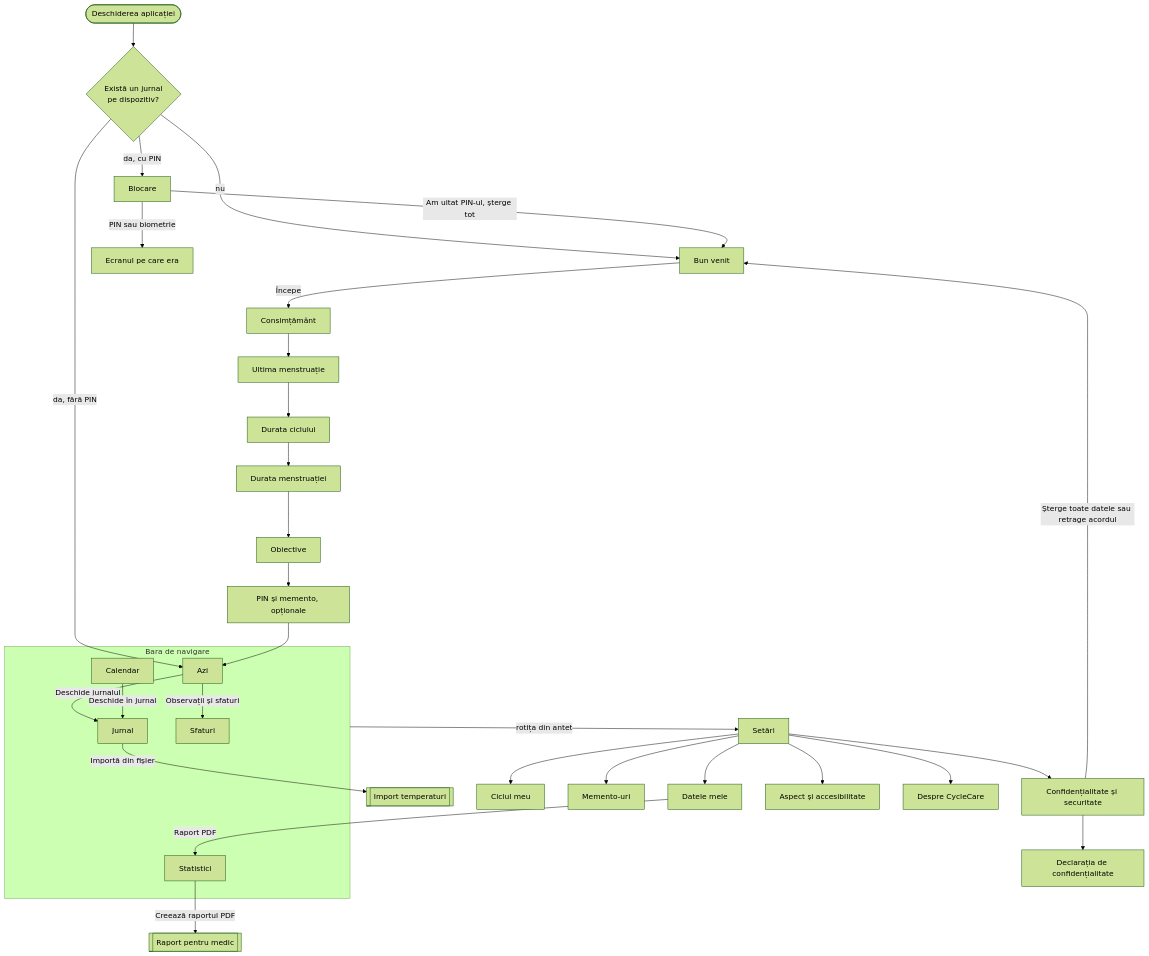
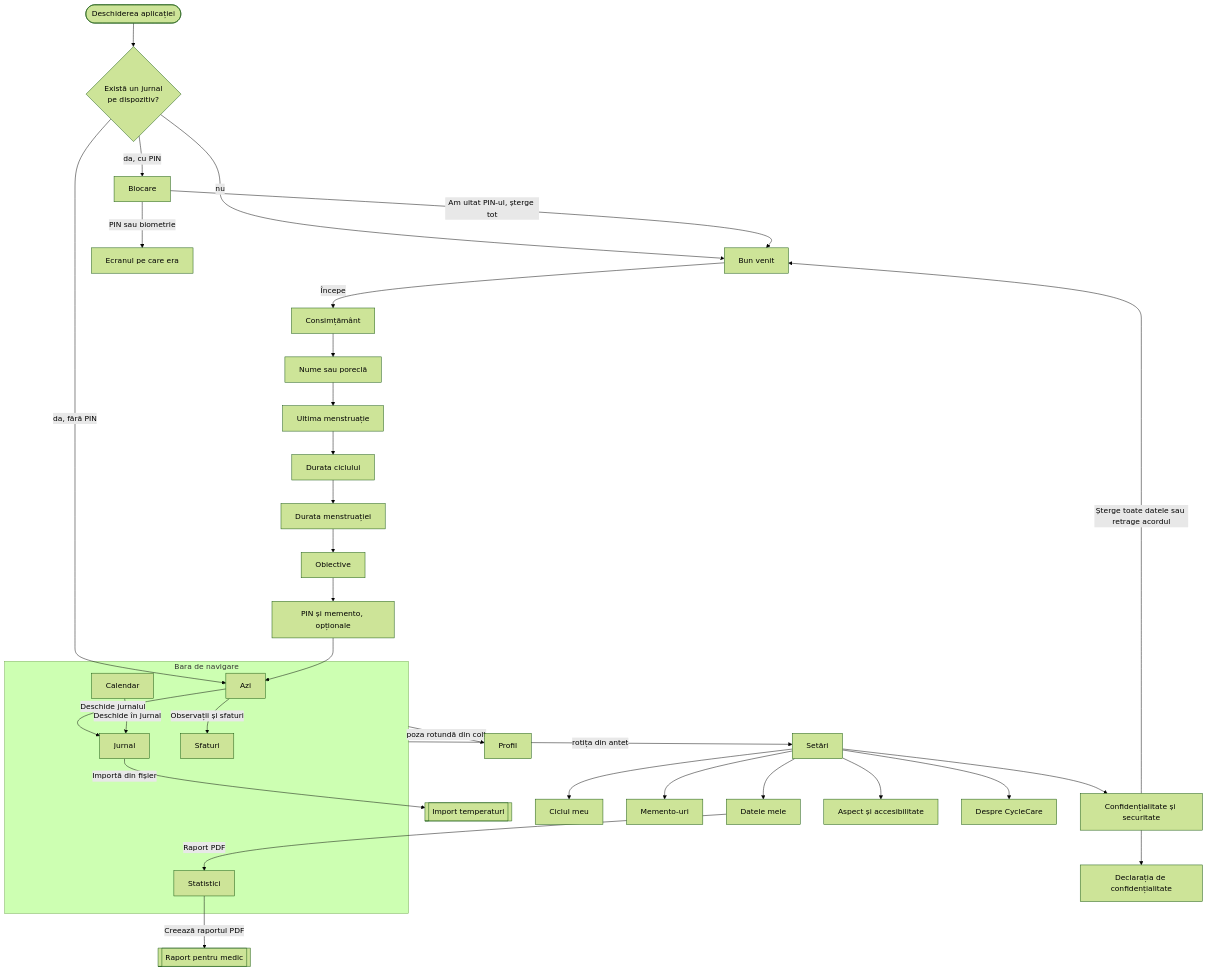
The diagram in cyclecare/docs/01-ecrane-si-navigare.md (GideonNLp/Tutorial), drawn with Mermaid (forest theme) before and after one commit. The commit also changed other lines of this file and 43 other files, not shown here.

````diff
--- a/cyclecare/docs/01-ecrane-si-navigare.md
+++ b/cyclecare/docs/01-ecrane-si-navigare.md
@@ -16,42 +16,44 @@
 ```mermaid
 flowchart TD
     start([Deschiderea aplicației]) --> exista{Există un jurnal<br/>pe dispozitiv?}
     exista -- nu --> welcome[Bun venit]
     exista -- da, cu PIN --> lock[Blocare]
     exista -- da, fără PIN --> today
 
     welcome -- Începe --> consent[Consimțământ]
-    consent --> q1[Ultima menstruație]
+    consent --> q0[Nume sau poreclă]
+    q0 --> q1[Ultima menstruație]
     q1 --> q2[Durata ciclului]
     q2 --> q3[Durata menstruației]
     q3 --> q4[Obiective]
     q4 --> fin[PIN și memento, opționale]
     fin --> today
     lock -- PIN sau biometrie --> back[Ecranul pe care era]
     lock -- Am uitat PIN-ul, șterge tot --> welcome
 
     subgraph tabs [Bara de navigare]
         today[Azi]
         cal[Calendar]
         jur[Jurnal]
         tips[Sfaturi]
         stats[Statistici]
     end
 
     today -- Deschide jurnalul --> jur
     today -- Observații și sfaturi --> tips
     cal -- Deschide în jurnal --> jur
     jur -- Importă din fișier --> imp[[Import temperaturi]]
     stats -- Creează raportul PDF --> pdf[[Raport pentru medic]]
 
+    tabs -- poza rotundă din colț --> prof[Profil]
     tabs -- rotița din antet --> set[Setări]
     set --> s1[Ciclul meu]
     set --> s2[Memento-uri]
     set --> s3[Confidențialitate și securitate]
     set --> s4[Datele mele]
     set --> s5[Aspect și accesibilitate]
     set --> s6[Despre CycleCare]
     s3 --> pol[Declarația de confidențialitate]
     s3 -- Șterge toate datele sau retrage acordul --> welcome
     s4 -- Raport PDF --> stats
 ```
````
